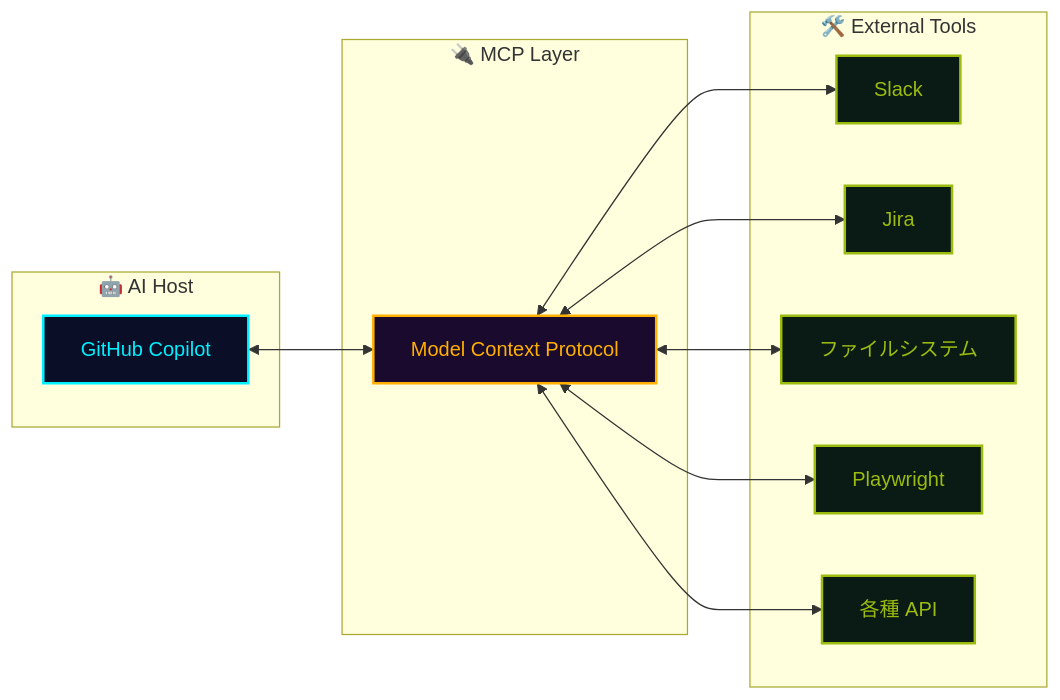
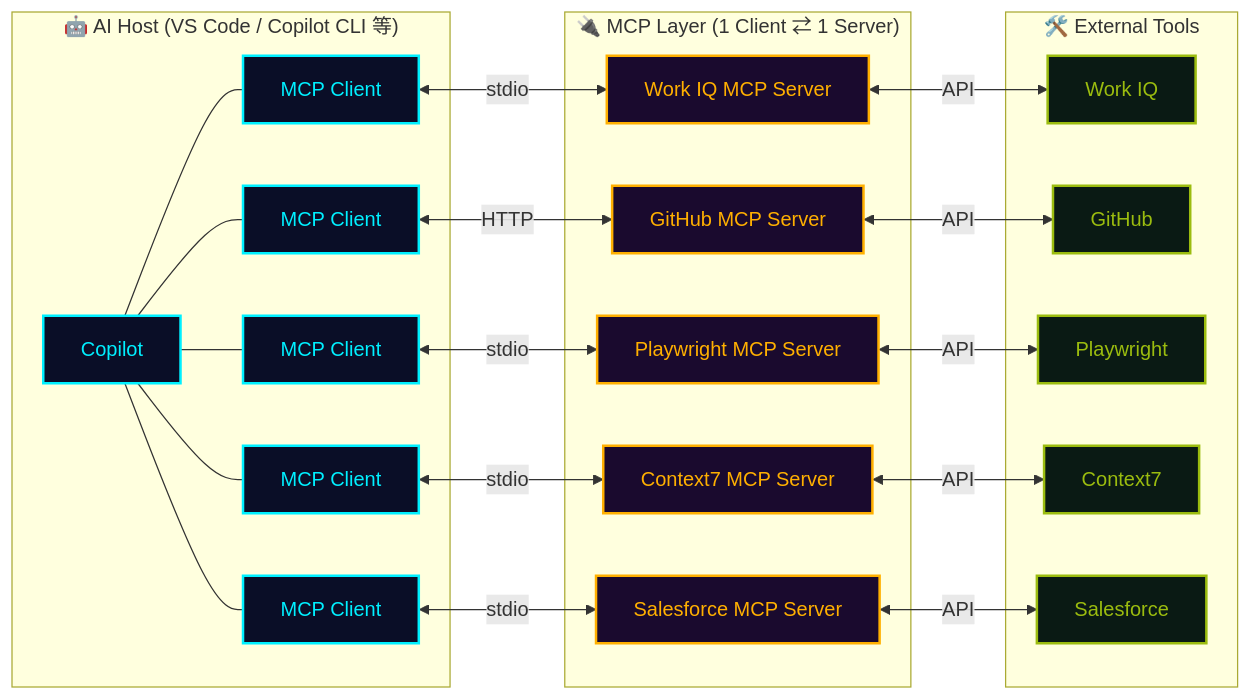
The diagram in src/content/glossary/mcp.md (theomonfort/theomonfort), drawn with Mermaid before and after one commit. The commit also changed other lines of this file and 10 other files, not shown here.

````diff
--- a/src/content/glossary/mcp.md
+++ b/src/content/glossary/mcp.md
@@ -53,29 +45,47 @@
 ```mermaid
 flowchart LR
-  subgraph Host["🤖 AI Host"]
-    LLM[GitHub Copilot]
+  subgraph Host["🤖 AI Host (VS Code / Copilot CLI 等)"]
+    APP[Copilot]
+    CL1[MCP Client]
+    CL2[MCP Client]
+    CL3[MCP Client]
+    CL4[MCP Client]
+    CL5[MCP Client]
   end
-  subgraph MCP["🔌 MCP Layer"]
-    P[Model Context Protocol]
+  subgraph MCP["🔌 MCP Layer (1 Client ⇄ 1 Server)"]
+    SLs[Work IQ MCP Server]
+    JRs[GitHub MCP Server]
+    FSs[Playwright MCP Server]
+    PWs[Context7 MCP Server]
+    APIs[Salesforce MCP Server]
   end
   subgraph Tools["🛠️ External Tools"]
-    SL[Slack]
-    JR[Jira]
-    FS[ファイルシステム]
-    PW[Playwright]
-    API[各種 API]
+    SL[Work IQ]
+    JR[GitHub]
+    FS[Playwright]
+    PW[Context7]
+    API[Salesforce]
   end
-  LLM <--> P
-  P <--> SL
-  P <--> JR
-  P <--> FS
-  P <--> PW
-  P <--> API
+  APP --- CL1
+  APP --- CL2
+  APP --- CL3
+  APP --- CL4
+  APP --- CL5
+  CL1 <-->|stdio| SLs
+  CL2 <-->|HTTP| JRs
+  CL3 <-->|stdio| FSs
+  CL4 <-->|stdio| PWs
+  CL5 <-->|stdio| APIs
+  SLs <-->|API| SL
+  JRs <-->|API| JR
+  FSs <-->|API| FS
+  PWs <-->|API| PW
+  APIs <-->|API| API
 
   classDef host fill:#0a0e27,stroke:#00f0ff,color:#00f0ff,stroke-width:2px
   classDef proto fill:#1a0a2e,stroke:#ffb000,color:#ffb000,stroke-width:2px
   classDef tool fill:#0a1a14,stroke:#9bbc0f,color:#9bbc0f,stroke-width:2px
-  class LLM host
-  class P proto
+  class APP,CL1,CL2,CL3,CL4,CL5 host
+  class SLs,JRs,FSs,PWs,APIs proto
   class SL,JR,FS,PW,API tool
 ```
````
